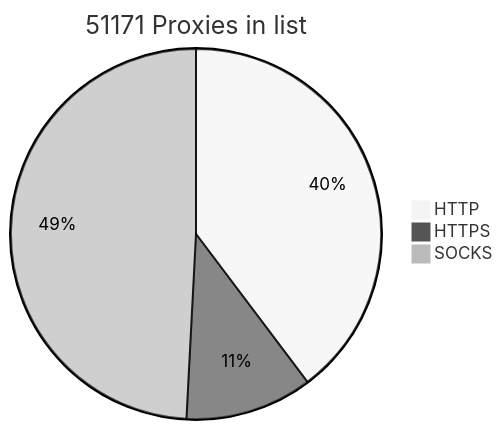
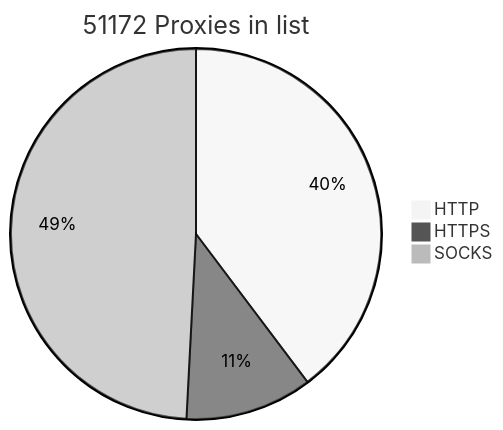
Before and after one commit to BlackSnowDot/proxylist-update-every-minute: the diagram in README.md, drawn with Mermaid (neutral theme).

````diff
--- a/README.md
+++ b/README.md
@@ -2,6 +2,6 @@
 ```mermaid
-pie title 51171 Proxies in list
+pie title 51172 Proxies in list
     "HTTP" : 22557
     "HTTPS": 6301
-    "SOCKS" : 27925
+    "SOCKS" : 27926
 ```
````
